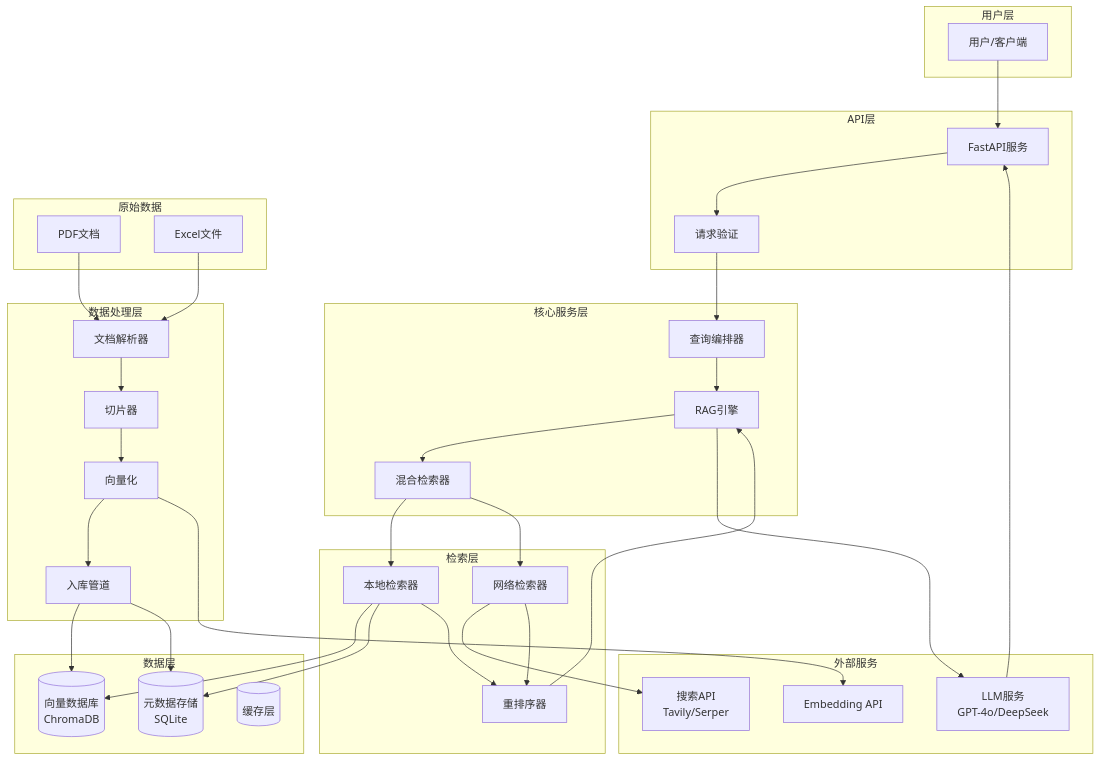
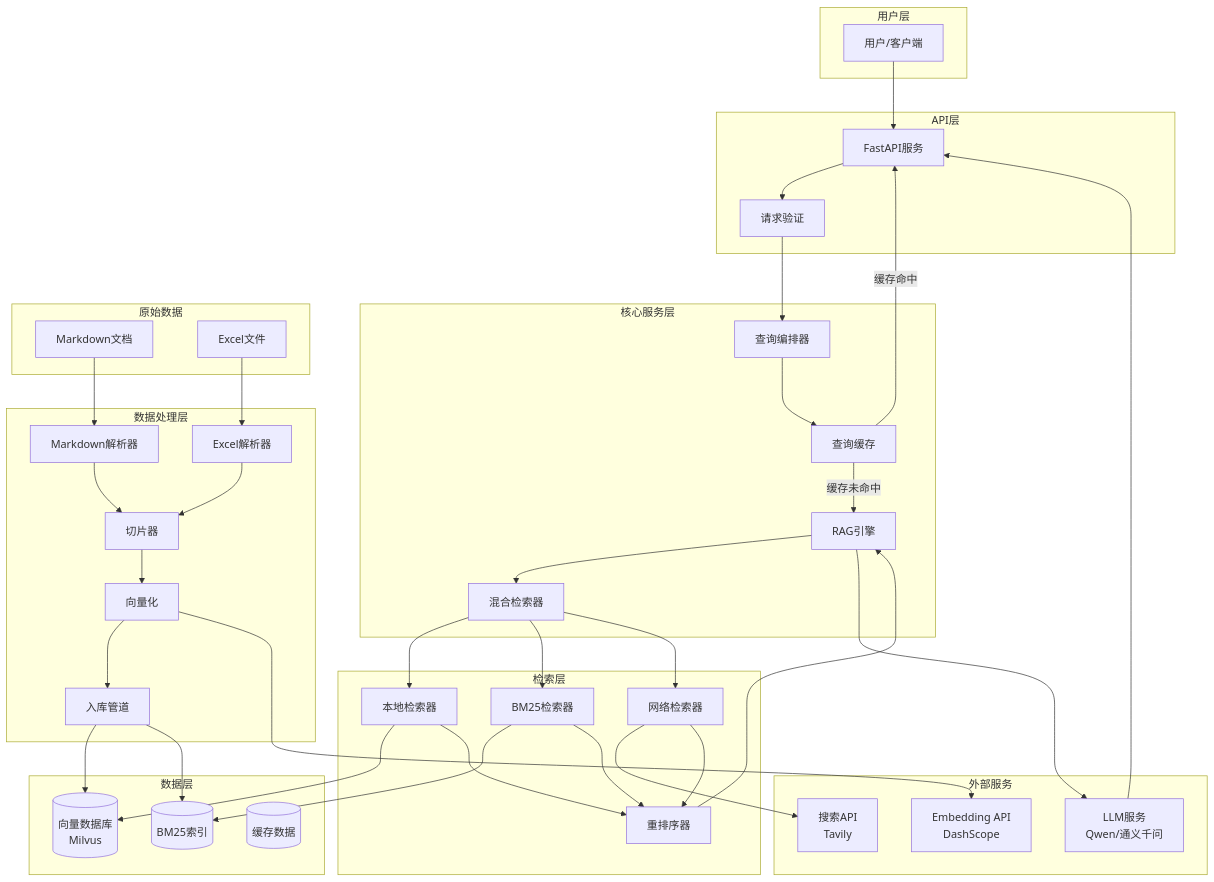
The first of 4 diagrams in docs/工程质检RAG系统/DESIGN_工程质检RAG系统.md (liuxinrongjinmu/ai_rag_Engineering_Quality_Inspection), drawn with Mermaid before and after one commit. The commit also changed other lines of this file and 14 other files, not shown here.

````diff
--- a/docs/工程质检RAG系统/DESIGN_工程质检RAG系统.md
+++ b/docs/工程质检RAG系统/DESIGN_工程质检RAG系统.md
@@ -5,73 +5,81 @@
 ```mermaid
 graph TB
     subgraph 用户层
         U[用户/客户端]
     end
     
     subgraph API层
         API[FastAPI服务]
         AUTH[请求验证]
     end
     
     subgraph 核心服务层
         ORCH[查询编排器]
         RAG[RAG引擎]
         HYBRID[混合检索器]
+        CACHE[查询缓存]
     end
     
     subgraph 检索层
         LOCAL[本地检索器]
+        BM25[BM25检索器]
         WEB[网络检索器]
         RERANK[重排序器]
     end
     
     subgraph 数据层
-        VDB[(向量数据库<br/>ChromaDB)]
-        META[(元数据存储<br/>SQLite)]
-        CACHE[(缓存层)]
+        VDB[(向量数据库<br/>Milvus)]
+        BM25_IDX[(BM25索引)]
+        CACHE_DATA[(缓存数据)]
     end
     
     subgraph 数据处理层
-        PARSER[文档解析器]
+        MD_PARSER[Markdown解析器]
+        XLS_PARSER[Excel解析器]
         CHUNKER[切片器]
         EMBED[向量化]
         INGEST[入库管道]
     end
     
     subgraph 外部服务
-        LLM[LLM服务<br/>GPT-4o/DeepSeek]
-        EMBED_API[Embedding API]
-        SEARCH_API[搜索API<br/>Tavily/Serper]
+        LLM[LLM服务<br/>Qwen/通义千问]
+        EMBED_API[Embedding API<br/>DashScope]
+        SEARCH_API[搜索API<br/>Tavily]
     end
     
     subgraph 原始数据
-        PDF[PDF文档]
+        MD[Markdown文档]
         XLS[Excel文件]
     end
     
     U --> API
     API --> AUTH
     AUTH --> ORCH
-    ORCH --> RAG
+    ORCH --> CACHE
+    CACHE -->|缓存命中| API
+    CACHE -->|缓存未命中| RAG
     RAG --> HYBRID
     HYBRID --> LOCAL
+    HYBRID --> BM25
     HYBRID --> WEB
     LOCAL --> VDB
-    LOCAL --> META
+    BM25 --> BM25_IDX
     WEB --> SEARCH_API
     LOCAL --> RERANK
+    BM25 --> RERANK
     WEB --> RERANK
     RERANK --> RAG
     RAG --> LLM
     LLM --> API
     
-    PDF --> PARSER
-    XLS --> PARSER
-    PARSER --> CHUNKER
+    MD --> MD_PARSER
+    XLS --> XLS_PARSER
+    MD_PARSER --> CHUNKER
+    XLS_PARSER --> CHUNKER
     CHUNKER --> EMBED
     EMBED --> INGEST
     INGEST --> VDB
-    INGEST --> META
+    INGEST --> BM25_IDX
     
     EMBED --> EMBED_API
 ```
````
